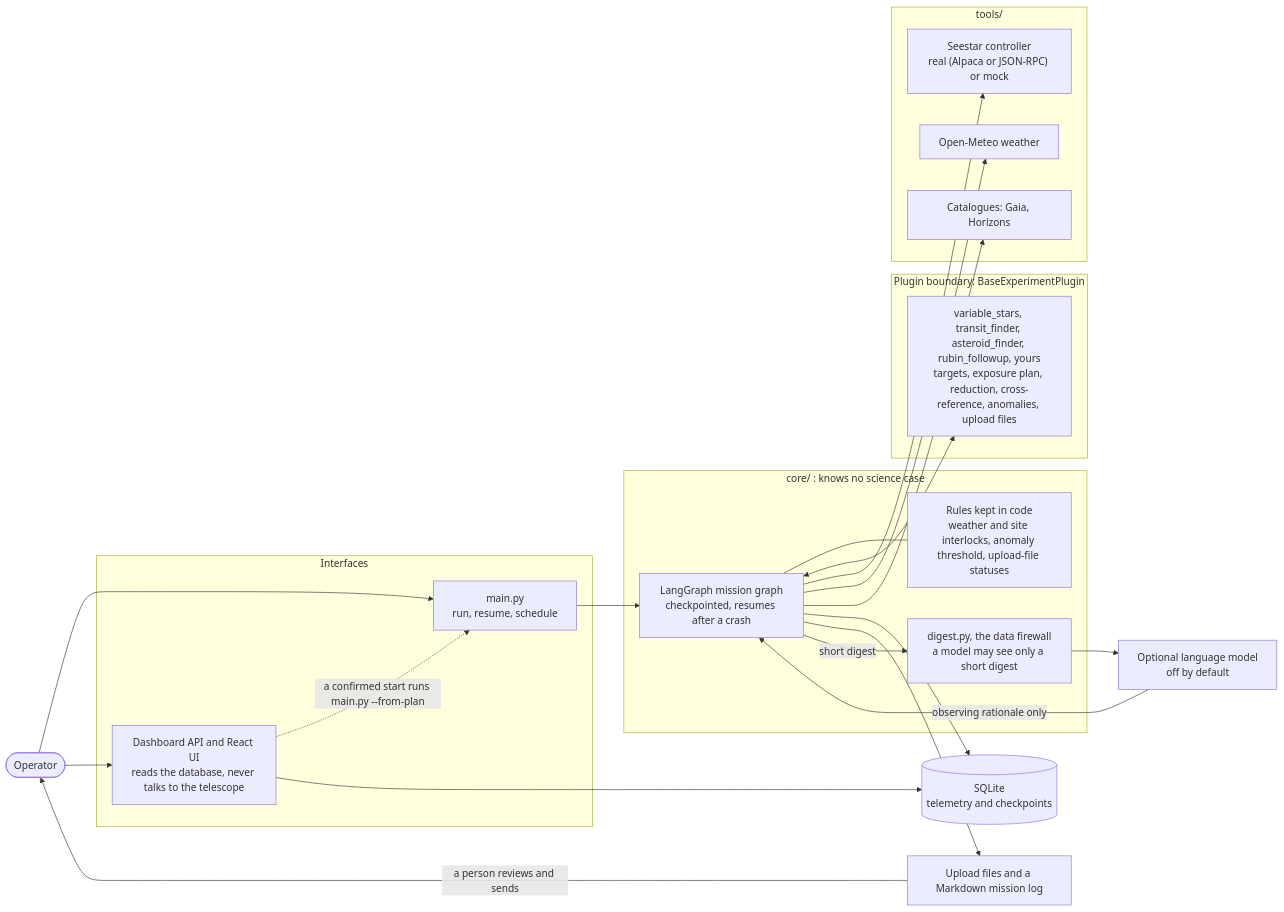
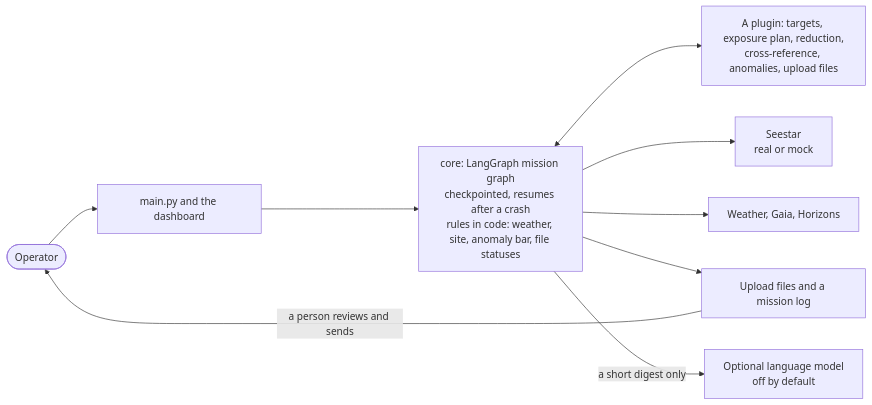
The diagram in README.md (dstroms/astronomo), drawn with Mermaid before and after one commit. The commit also changed other lines of this file and 27 other files, not shown here.

````diff
--- a/README.md
+++ b/README.md
@@ -143,46 +78,11 @@
 ```mermaid
 flowchart LR
-    person(["Operator"])
-
-    subgraph ui["Interfaces"]
-        cli["main.py<br/>run, resume, schedule"]
-        api["Dashboard API and React UI<br/>reads the database, never talks to the telescope"]
-    end
-
-    subgraph core["core/ : knows no science case"]
-        run["LangGraph mission graph<br/>checkpointed, resumes after a crash"]
-        rules["Rules kept in code<br/>weather and site interlocks, anomaly threshold, upload-file statuses"]
-        firewall["digest.py, the data firewall<br/>a model may see only a short digest"]
-    end
-
-    subgraph plugin["Plugin boundary: BaseExperimentPlugin"]
-        hooks["variable_stars, transit_finder, asteroid_finder, rubin_followup, yours<br/>targets, exposure plan, reduction, cross-reference, anomalies, upload files"]
-    end
-
-    subgraph tools["tools/"]
-        scope["Seestar controller<br/>real (Alpaca or JSON-RPC) or mock"]
-        wx["Open-Meteo weather"]
-        cat["Catalogues: Gaia, Horizons"]
-    end
-
-    llm["Optional language model<br/>off by default"]
-    db[("SQLite<br/>telemetry and checkpoints")]
-    out["Upload files and a Markdown mission log"]
-
-    person --> cli
-    person --> api
-    api -. "a confirmed start runs main.py --from-plan" .-> cli
-    cli --> run
-    api --> db
-    run --- rules
-    run <--> hooks
-    run --> scope
-    run --> wx
-    run --> cat
-    run --> db
-    run --> out
+    person(["Operator"]) --> ui["main.py and the dashboard"]
+    ui --> run["core: LangGraph mission graph<br/>checkpointed, resumes after a crash<br/>rules in code: weather, site, anomaly bar, file statuses"]
+    run <--> plugin["A plugin: targets, exposure plan, reduction,<br/>cross-reference, anomalies, upload files"]
+    run --> scope["Seestar<br/>real or mock"]
+    run --> data["Weather, Gaia, Horizons"]
+    run --> out["Upload files and a mission log"]
     out -- "a person reviews and sends" --> person
-    run -- "short digest" --> firewall
-    firewall --> llm
-    llm -- "observing rationale only" --> run
+    run -- "a short digest only" --> llm["Optional language model<br/>off by default"]
 ```
````
